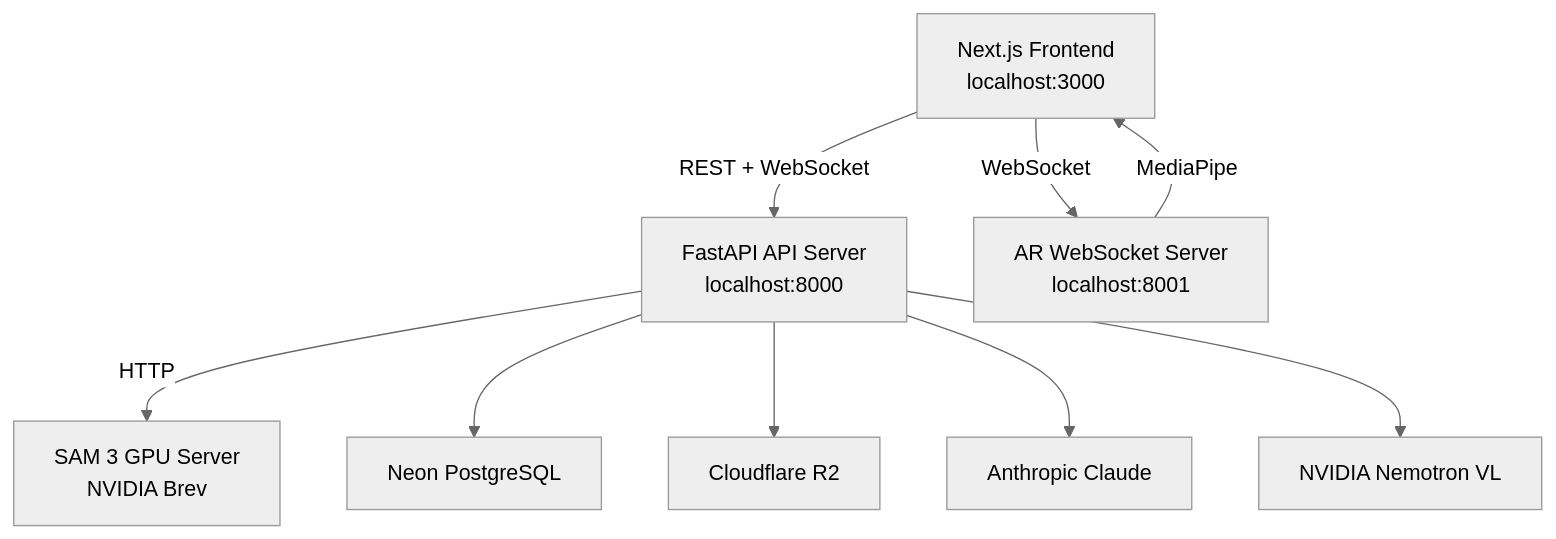
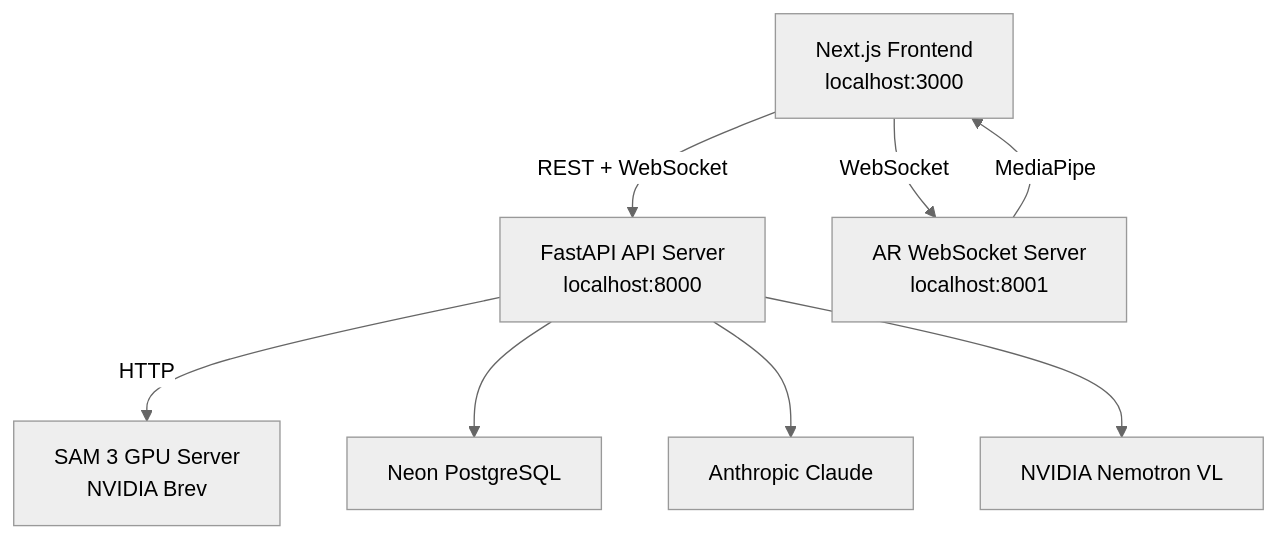
The diagram in README.md (harrishayy/skillforge), drawn with Mermaid (neutral theme) before and after one commit. The commit also changed other lines of this file and 67 other files, not shown here.

````diff
--- a/README.md
+++ b/README.md
@@ -21,22 +21,20 @@
 ```mermaid
 graph TB
     Browser["Next.js Frontend<br/>localhost:3000"]
 
     API["FastAPI API Server<br/>localhost:8000"]
     AR["AR WebSocket Server<br/>localhost:8001"]
     SAM3["SAM 3 GPU Server<br/>NVIDIA Brev"]
 
     NeonDB["Neon PostgreSQL"]
-    R2["Cloudflare R2"]
     Claude["Anthropic Claude"]
     Nemotron["NVIDIA Nemotron VL"]
 
     Browser -->|"REST + WebSocket"| API
     Browser -->|"WebSocket"| AR
     API -->|"HTTP"| SAM3
     API --> NeonDB
-    API --> R2
     API --> Claude
     API --> Nemotron
     AR -->|"MediaPipe"| Browser
 ```
````
